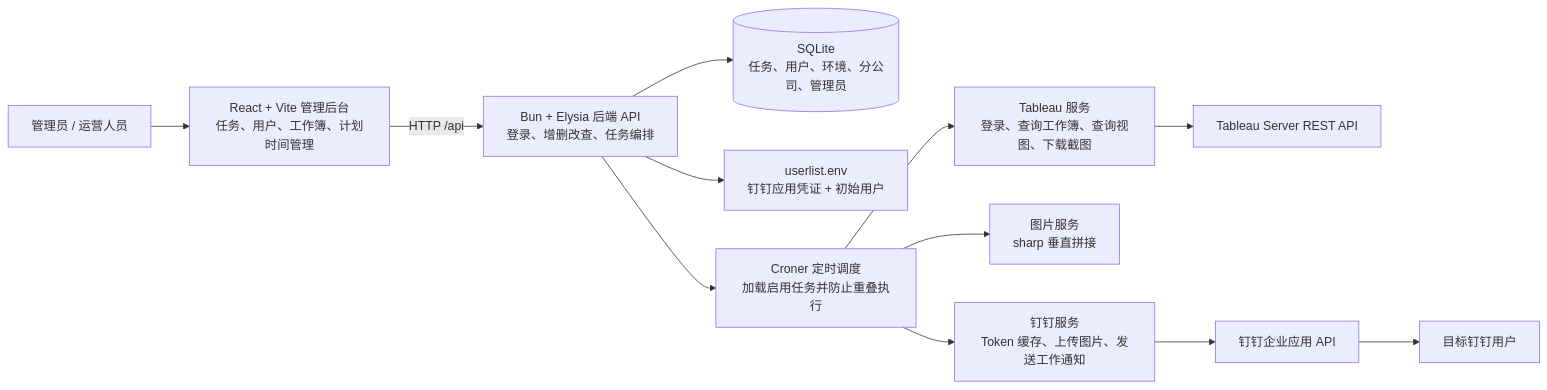
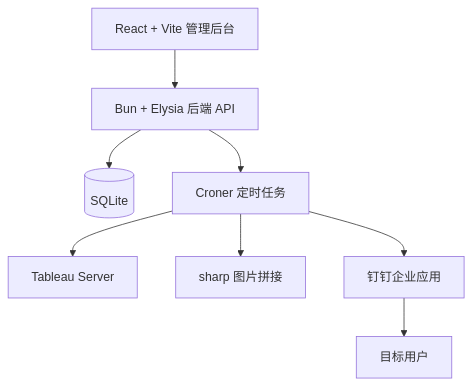
Before and after one commit to imgwho/tableauPushDing: the fifth of 5 diagrams in README.MD, drawn with Mermaid. The commit also changed other lines of this file, not shown here.

````diff
--- a/README.MD
+++ b/README.MD
@@ -282,16 +273,10 @@
 ```mermaid
-flowchart LR
-  Operator["管理员 / 运营人员"] --> Frontend["React + Vite 管理后台\n任务、用户、工作簿、计划时间管理"]
-  Frontend -->|HTTP /api| Backend["Bun + Elysia 后端 API\n登录、增删改查、任务编排"]
-
-  Backend --> DB[("SQLite\n任务、用户、环境、分公司、管理员")]
-  Backend --> Config["userlist.env\n钉钉应用凭证 + 初始用户"]
-  Backend --> Scheduler["Croner 定时调度\n加载启用任务并防止重叠执行"]
-
-  Scheduler --> TableauSvc["Tableau 服务\n登录、查询工作簿、查询视图、下载截图"]
-  TableauSvc --> Tableau["Tableau Server REST API"]
-  Scheduler --> ImageSvc["图片服务\nsharp 垂直拼接"]
-  Scheduler --> DingSvc["钉钉服务\nToken 缓存、上传图片、发送工作通知"]
-  DingSvc --> DingTalk["钉钉企业应用 API"]
-  DingTalk --> Users["目标钉钉用户"]
+flowchart TB
+  Frontend["React + Vite 管理后台"] --> API["Bun + Elysia 后端 API"]
+  API --> DB[("SQLite")]
+  API --> Scheduler["Croner 定时任务"]
+  Scheduler --> Tableau["Tableau Server"]
+  Scheduler --> Sharp["sharp 图片拼接"]
+  Scheduler --> DingTalk["钉钉企业应用"]
+  DingTalk --> Users["目标用户"]
 ```
````
